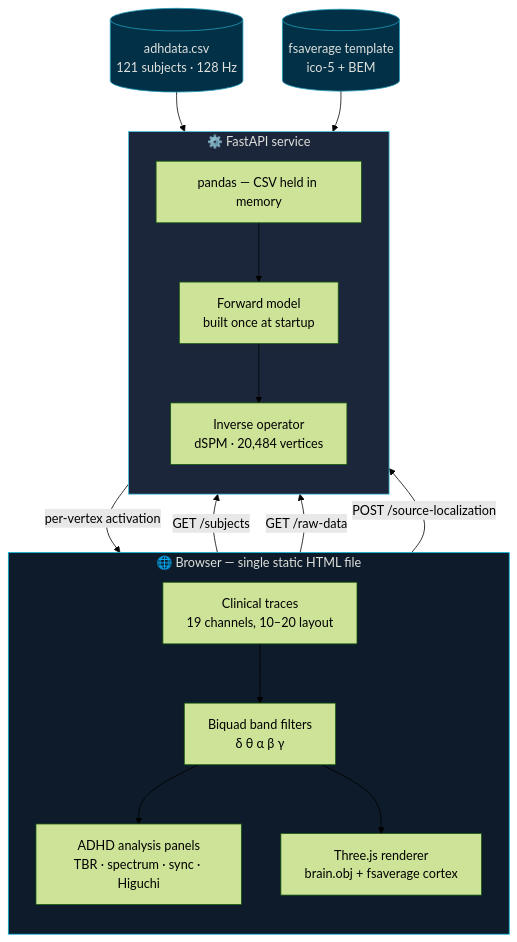
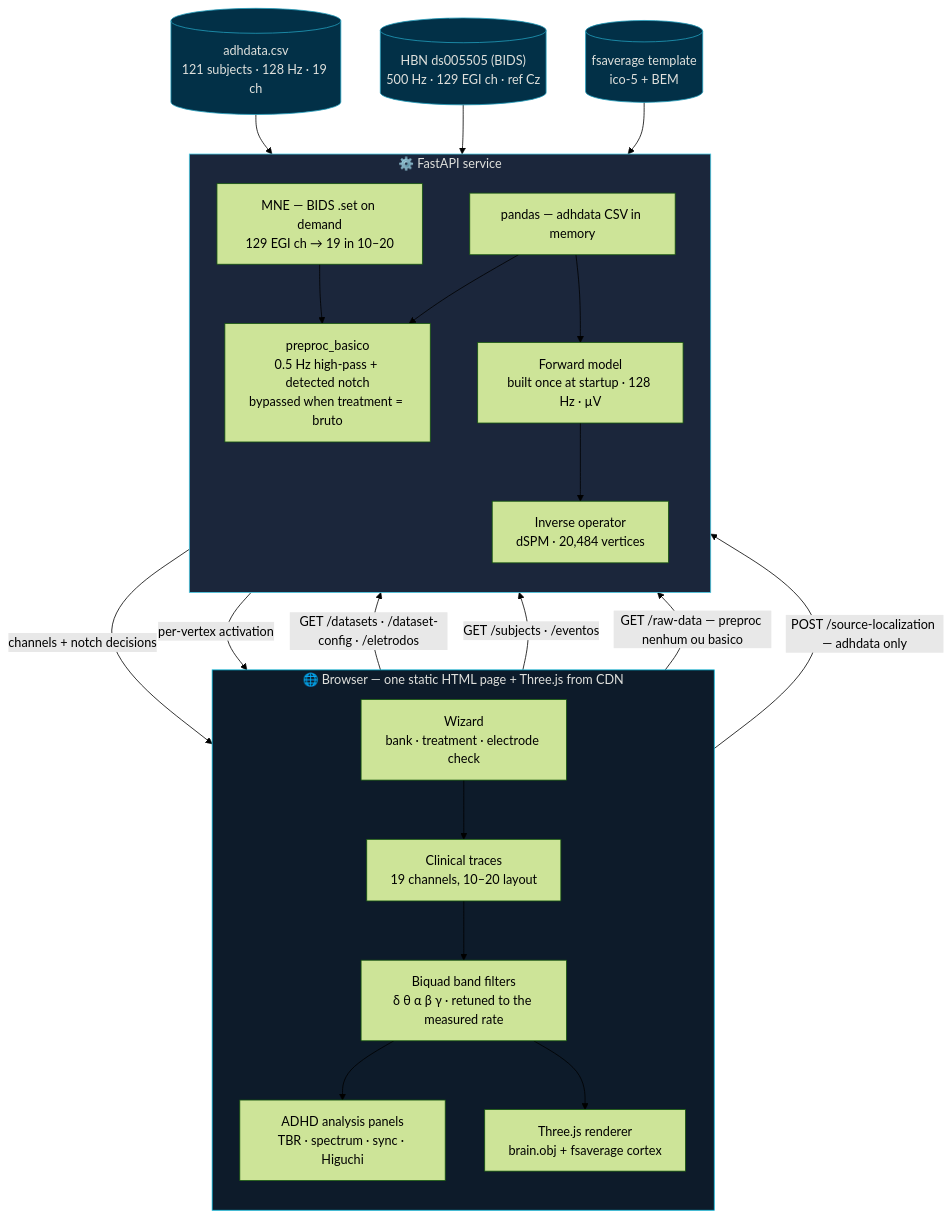
Before and after one commit to murilomn58/EEG_app: the second of 3 diagrams in README.md, drawn with Mermaid (forest theme). The commit also changed other lines of this file and 64 other files, not shown here.

````diff
--- a/README.md
+++ b/README.md
@@ -162,33 +225,42 @@
 ```mermaid
 flowchart TB
-    subgraph browser["🌐 Browser — single static HTML file"]
+    subgraph browser["🌐 Browser — one static HTML page + Three.js from CDN"]
         direction TB
+        WIZ["Wizard<br/>bank · treatment · electrode check"]
         UI["Clinical traces<br/>19 channels, 10–20 layout"]
-        FIL["Biquad band filters<br/>δ θ α β γ"]
+        FIL["Biquad band filters<br/>δ θ α β γ · retuned to the measured rate"]
         AN["ADHD analysis panels<br/>TBR · spectrum · sync · Higuchi"]
         R3D["Three.js renderer<br/>brain.obj + fsaverage cortex"]
-        UI --> FIL --> AN
+        WIZ --> UI --> FIL --> AN
         FIL --> R3D
     end
 
     subgraph backend["⚙️ FastAPI service"]
         direction TB
-        CSV["pandas — CSV held in memory"]
-        FWD["Forward model<br/>built once at startup"]
+        CSV["pandas — adhdata CSV in memory"]
+        BIDS["MNE — BIDS .set on demand<br/>129 EGI ch → 19 in 10–20"]
+        PRE["preproc_basico<br/>0.5 Hz high-pass + detected notch<br/>bypassed when treatment = bruto"]
+        FWD["Forward model<br/>built once at startup · 128 Hz · µV"]
         INV["Inverse operator<br/>dSPM · 20,484 vertices"]
+        CSV --> PRE
+        BIDS --> PRE
         CSV --> FWD --> INV
     end
 
-    DATA[("adhdata.csv<br/>121 subjects · 128 Hz")] --> CSV
+    ADHD[("adhdata.csv<br/>121 subjects · 128 Hz · 19 ch")] --> CSV
+    HBN[("HBN ds005505 (BIDS)<br/>500 Hz · 129 EGI ch · ref Cz")] --> BIDS
     FS[("fsaverage template<br/>ico-5 + BEM")] --> FWD
 
-    browser -->|"GET /subjects"| backend
-    browser -->|"GET /raw-data"| backend
-    browser -->|"POST /source-localization"| backend
-    backend -->|"per-vertex activation"| R3D
+    browser -->|"GET /datasets · /dataset-config · /eletrodos"| backend
+    browser -->|"GET /subjects · /eventos"| backend
+    browser -->|"GET /raw-data — preproc nenhum ou basico"| backend
+    browser -->|"POST /source-localization — adhdata only"| backend
+    PRE -->|"channels + notch decisions"| UI
+    INV -->|"per-vertex activation"| R3D
 
     style browser fill:#0d1b2a,stroke:#00b4d8,color:#e0e1dd
     style backend fill:#1b263b,stroke:#48cae4,color:#e0e1dd
-    style DATA fill:#023047,stroke:#219ebc,color:#e0e1dd
+    style ADHD fill:#023047,stroke:#219ebc,color:#e0e1dd
+    style HBN fill:#023047,stroke:#219ebc,color:#e0e1dd
     style FS fill:#023047,stroke:#219ebc,color:#e0e1dd
 ```
````
